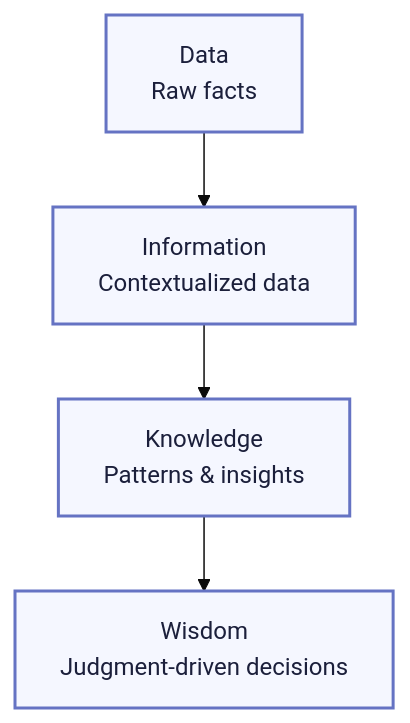
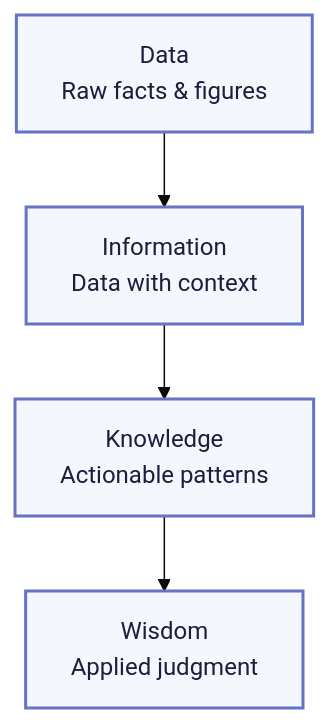
Before and after one commit to ehsan18t/interdocs: the first of 2 diagrams in docs/dbms/ch1-introduction.md, drawn with Mermaid (base theme). The commit also changed other lines of this file and 3 other files, not shown here.

`````diff
--- a/docs/dbms/ch1-introduction.md
+++ b/docs/dbms/ch1-introduction.md
@@ -41,8 +28,8 @@
 ```mermaid
 flowchart TD
-    Data["Data<br/>Raw facts"] --> Information["Information<br/>Contextualized data"]
-    Information --> Knowledge["Knowledge<br/>Patterns & insights"]
-    Knowledge --> Wisdom["Wisdom<br/>Judgment-driven decisions"]
+    Data["Data<br/>Raw facts & figures"] --> Information["Information<br/>Data with context"]
+    Information --> Knowledge["Knowledge<br/>Actionable patterns"]
+    Knowledge --> Wisdom["Wisdom<br/>Applied judgment"]
     classDef base fill:#f5f7ff,stroke:#6573c3,stroke-width:2px,color:#1b1f3b;
     class Data,Information,Knowledge,Wisdom base;
-```
+````
`````
